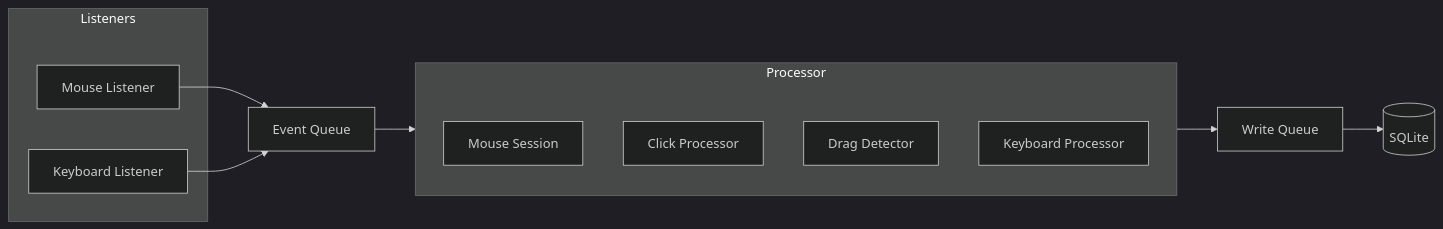
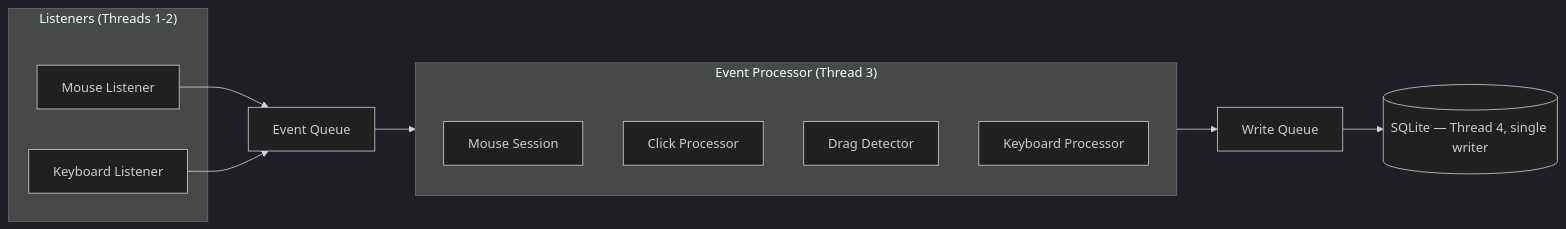
The diagram in CLAUDE.md (UVuruna/InputDNA), drawn with Mermaid (dark theme) before and after one commit. The commit also changed other lines of this file, not shown here.

Commit message:
0.4.250 CLAUDE.md — inherit monorepo root rules; project facts, thread architecture and technical reference only

````diff
--- a/CLAUDE.md
+++ b/CLAUDE.md
@@ -584,21 +38,19 @@
 ```mermaid
 %%{init: {'flowchart': {'subGraphTitleMargin': {'top': 0, 'bottom': 35}}}}%%
 flowchart LR
-    subgraph LISTENERS["Listeners"]
+    subgraph LISTENERS["Listeners (Threads 1-2)"]
         ML[Mouse Listener]
         KL[Keyboard Listener]
     end
-
-    subgraph PROC["Processor"]
+    subgraph PROC["Event Processor (Thread 3)"]
         MS[Mouse Session]
         CP[Click Processor]
         DD[Drag Detector]
         KP[Keyboard Processor]
     end
-
     ML --> Q1[Event Queue]
     KL --> Q1
     Q1 --> PROC
     PROC --> Q2[Write Queue]
-    Q2 --> DB[(SQLite)]
+    Q2 --> DB[(SQLite — Thread 4, single writer)]
 ```
````
